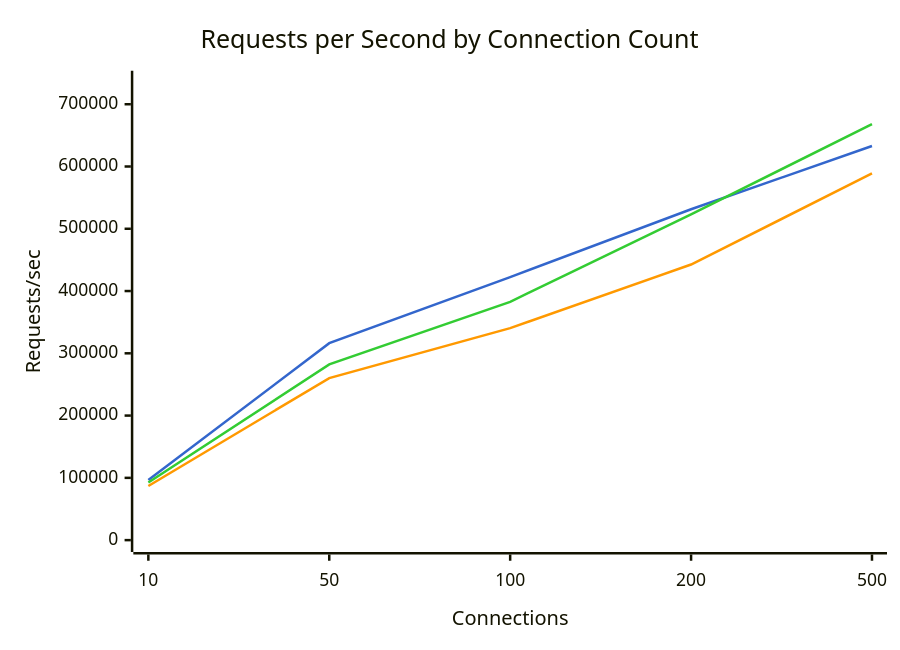
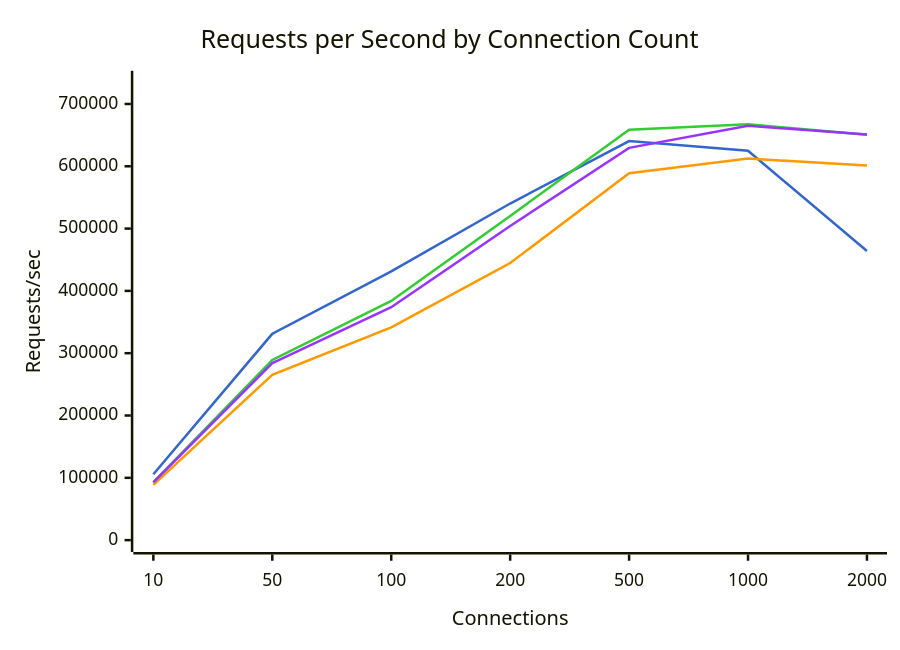
Before and after one commit to youyuanwu/bypass-misc: the first of 6 diagrams in docs/Bench/Azure/Standard_D8s_v5.md, drawn with Mermaid. The commit also changed other lines of this file and 15 other files, not shown here.

````diff
--- a/docs/Bench/Azure/Standard_D8s_v5.md
+++ b/docs/Bench/Azure/Standard_D8s_v5.md
@@ -27,15 +40,16 @@
 ```mermaid
 ---
 config:
     themeVariables:
         xyChart:
-            plotColorPalette: "#3366cc, #ff9900, #33cc33"
+            plotColorPalette: "#3366cc, #ff9900, #33cc33, #9933ff"
 ---
 xychart-beta
     title "Requests per Second by Connection Count"
-    x-axis "Connections" [10, 50, 100, 200, 500]
-    y-axis "Requests/sec" 0 --> 734693
-    line "dpdk" [96405, 316239, 422466, 531366, 632865]
-    line "tokio" [86962, 260231, 340413, 442575, 588787]
-    line "tokio-local" [92484, 282284, 382667, 523271, 667903]
+    x-axis "Connections" [10, 50, 100, 200, 500, 1000, 2000]
+    y-axis "Requests/sec" 0 --> 734251
+    line "dpdk" [105691, 331040, 431218, 540209, 640374, 624959, 463950]
+    line "tokio" [88744, 265395, 341516, 444693, 588941, 612376, 601134]
+    line "tokio-local" [92992, 289219, 383830, 520222, 658556, 667501, 650539]
+    line "kimojio" [92560, 284065, 373738, 504025, 629568, 664896, 650939]
 ```
````
